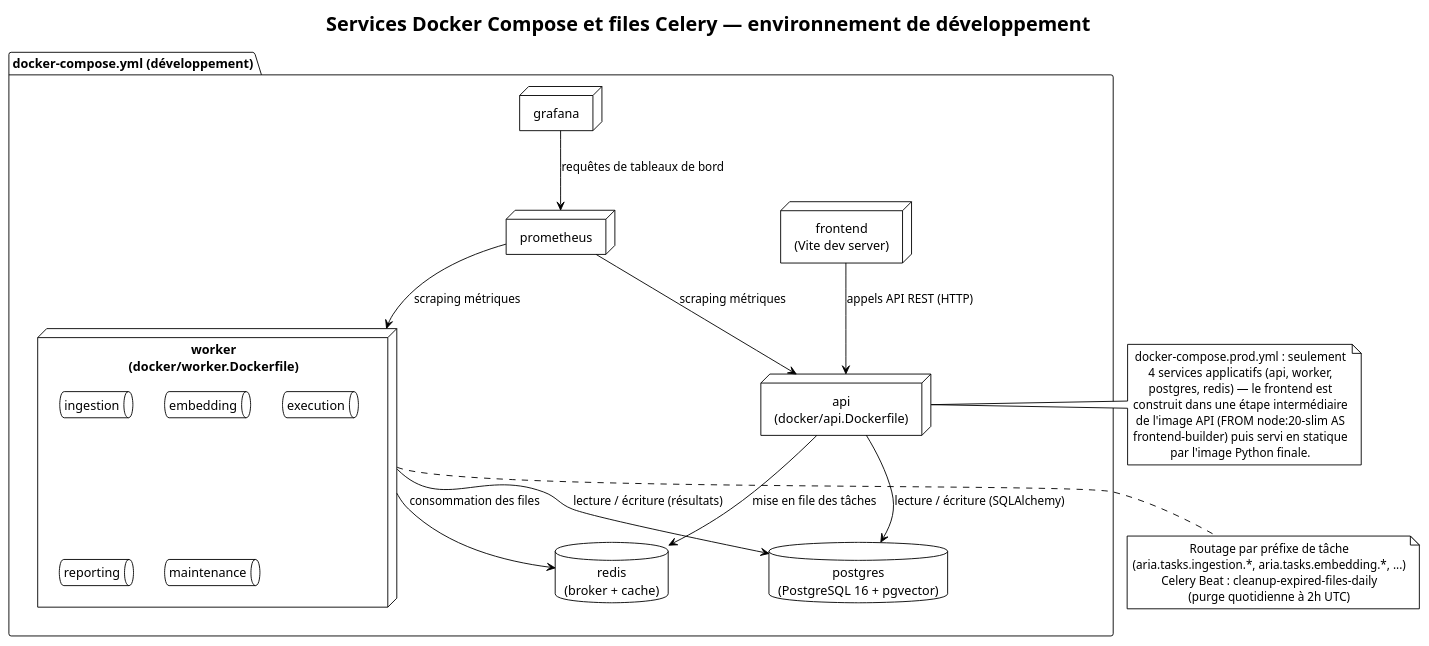
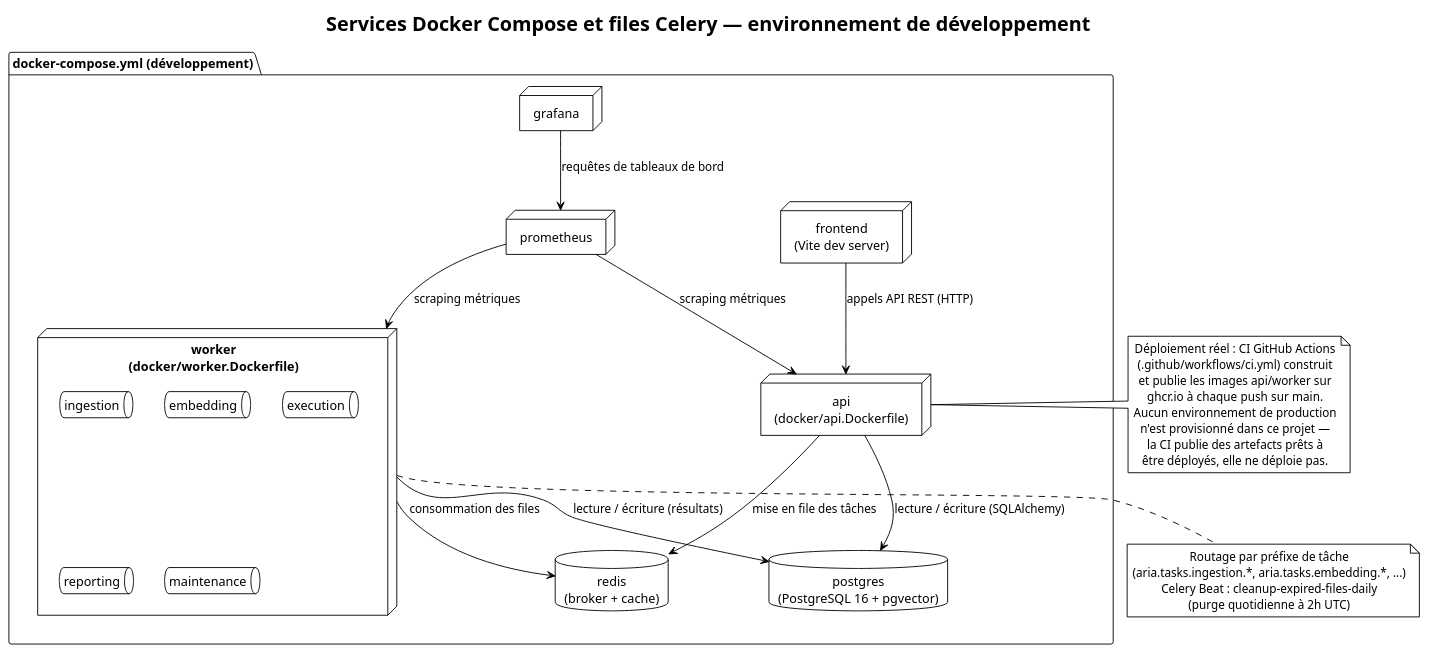
Before and after one commit to Syrinemaj/ariaa: the diagram in docs/diagrams/architecture_deploiement.puml, drawn with PlantUML. The commit also changed 4 other files, not shown here.

First line of the commit message:
Drop Azure deployment path, keep CI/CD (GitHub Actions + ghcr.io) only

```diff
--- a/docs/diagrams/architecture_deploiement.puml
+++ b/docs/diagrams/architecture_deploiement.puml
@@ -1,53 +1,54 @@
 @startuml architecture_deploiement
 !theme plain
 skinparam componentStyle rectangle
 skinparam backgroundColor white
 skinparam defaultTextAlignment center
 
 title Services Docker Compose et files Celery — environnement de développement
 
 package "docker-compose.yml (développement)" {
 
   node "api\n(docker/api.Dockerfile)" as API
   node "frontend\n(Vite dev server)" as FRONT
   database "postgres\n(PostgreSQL 16 + pgvector)" as PG
   database "redis\n(broker + cache)" as REDIS
   node "prometheus" as PROM
   node "grafana" as GRAF
 
   node "worker\n(docker/worker.Dockerfile)" as WORKER {
     queue "ingestion" as Q1
     queue "embedding" as Q2
     queue "execution" as Q3
     queue "reporting" as Q4
     queue "maintenance" as Q5
   }
 }
 
 note bottom of WORKER
   Routage par préfixe de tâche
   (aria.tasks.ingestion.*, aria.tasks.embedding.*, ...)
   Celery Beat : cleanup-expired-files-daily
   (purge quotidienne à 2h UTC)
 end note
 
 FRONT --> API : appels API REST (HTTP)
 API --> PG : lecture / écriture (SQLAlchemy)
 API --> REDIS : mise en file des tâches
 WORKER --> REDIS : consommation des files
 WORKER --> PG : lecture / écriture (résultats)
 PROM --> API : scraping métriques
 PROM --> WORKER : scraping métriques
 GRAF --> PROM : requêtes de tableaux de bord
 
 note right of API
-  docker-compose.prod.yml : seulement
-  4 services applicatifs (api, worker,
-  postgres, redis) — le frontend est
-  construit dans une étape intermédiaire
-  de l'image API (FROM node:20-slim AS
-  frontend-builder) puis servi en statique
-  par l'image Python finale.
+  Déploiement réel : CI GitHub Actions
+  (.github/workflows/ci.yml) construit
+  et publie les images api/worker sur
+  ghcr.io à chaque push sur main.
+  Aucun environnement de production
+  n'est provisionné dans ce projet —
+  la CI publie des artefacts prêts à
+  être déployés, elle ne déploie pas.
 end note
 
 @enduml
```
